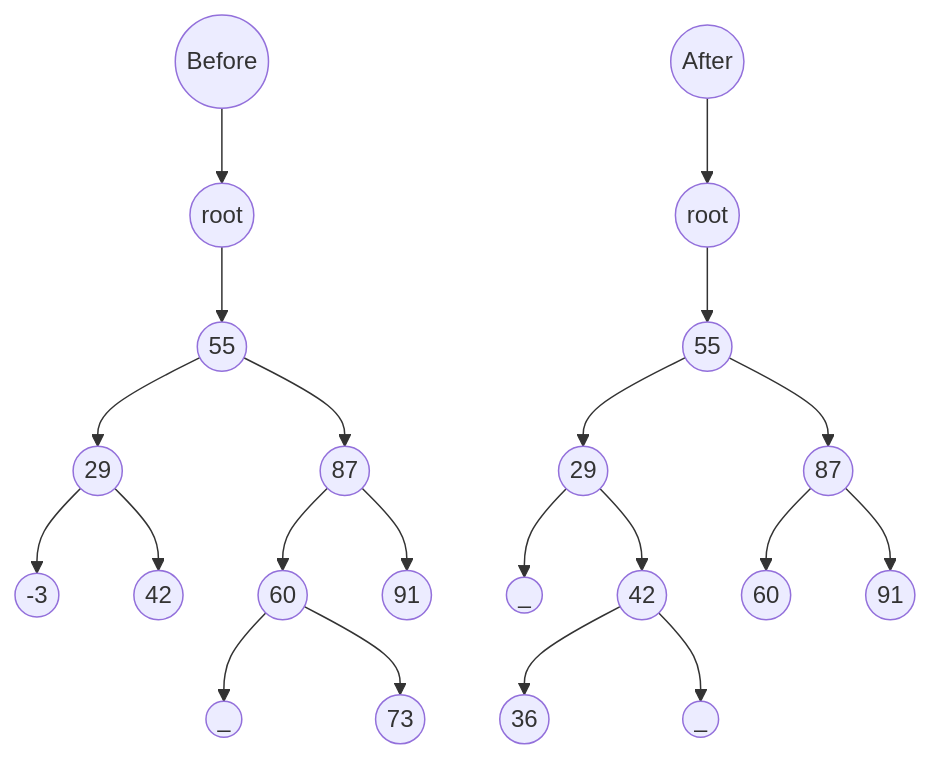
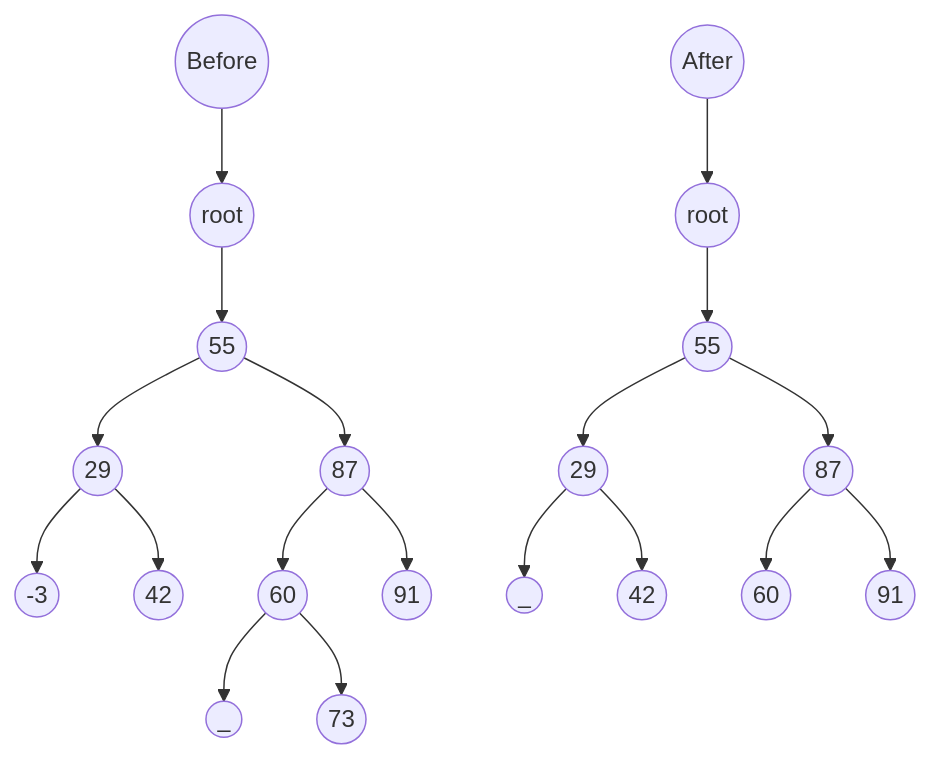
One commit to jayshozie/ceng301 changed the tenth of 11 diagrams in lecture-notes/w07.md. Above: the diagram before and after it, drawn with Mermaid.

Commit message:
nrt, mermaid

````diff
--- a/lecture-notes/w07.md
+++ b/lecture-notes/w07.md
@@ -733,28 +733,26 @@
 ```mermaid
-graph TB
+graph TD
 
 A1((Before)) --> A((root))
 A --> B((55))
 
 B --> C((29))
 C --> E(("-3"))
 C --> F((42))
 
 B --> D((87))
 D --> G((60))
 D --> H((91))
 G --> I((_))
 G --> J((73))
 
 A2((After)) --> B2((root))
 B2 --> C2((55))
 C2 --> D2((29))
 D2 --> Z((_))
 D2 --> E2((42))
-E2 --> F2((36))
-E2 --> Y((_))
 
 C2 --> G2((87))
 G2 --> H2((60))
 G2 --> I2((91))
 ```
````
